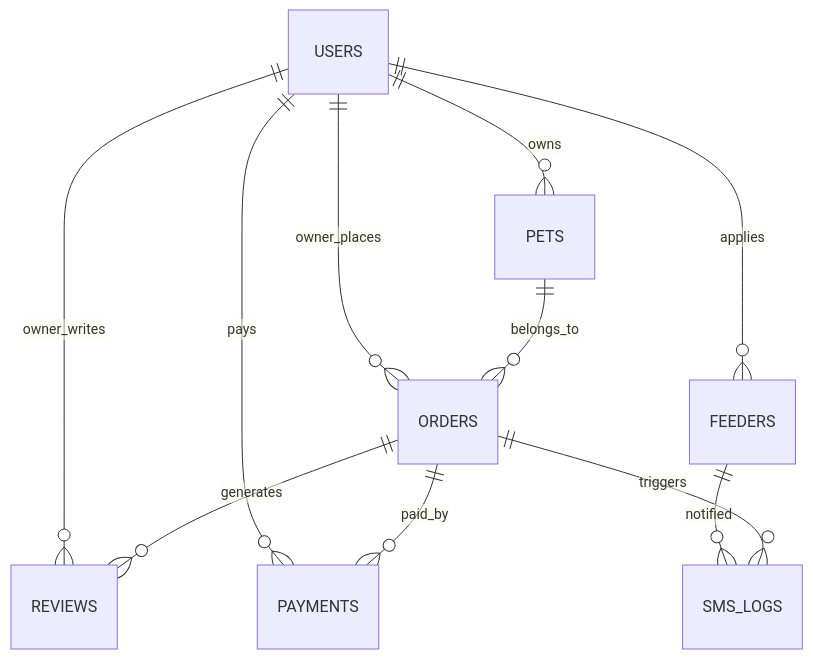
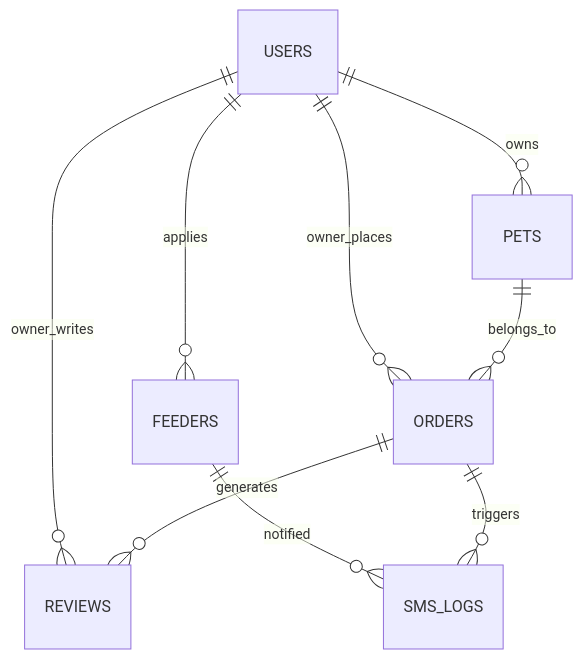
Before and after one commit to mayunfei520/pet-feeding-miniapp: the third of 3 diagrams in docs/pet-feeding-platform-design.md, drawn with Mermaid. The commit also changed other lines of this file and 3 other files, not shown here.

````diff
--- a/docs/pet-feeding-platform-design.md
+++ b/docs/pet-feeding-platform-design.md
@@ -173,13 +168,11 @@
 ```mermaid
 erDiagram
   USERS ||--o{ PETS : owns
   USERS ||--o{ FEEDERS : applies
   USERS ||--o{ ORDERS : owner_places
   USERS ||--o{ REVIEWS : owner_writes
-  USERS ||--o{ PAYMENTS : pays
   PETS ||--o{ ORDERS : belongs_to
   FEEDERS ||--o{ SMS_LOGS : notified
   ORDERS ||--o{ REVIEWS : generates
-  ORDERS ||--o{ PAYMENTS : paid_by
   ORDERS ||--o{ SMS_LOGS : triggers
 ```
````
